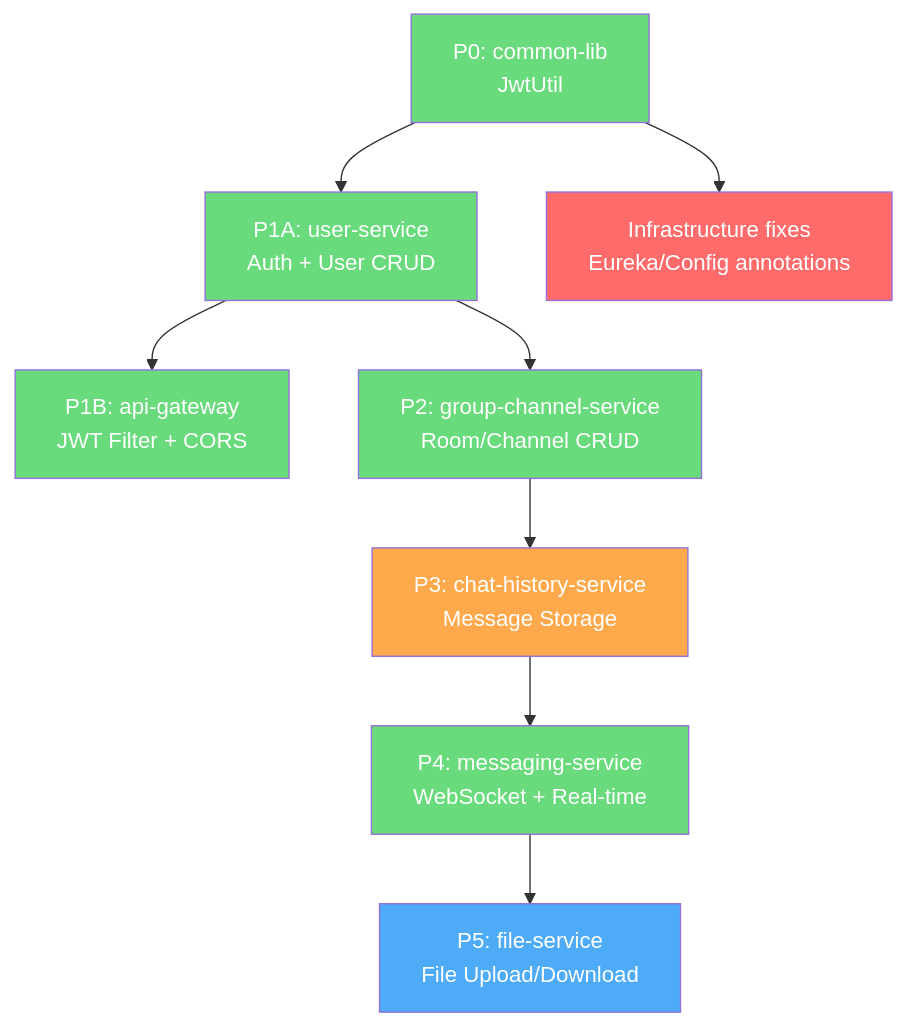
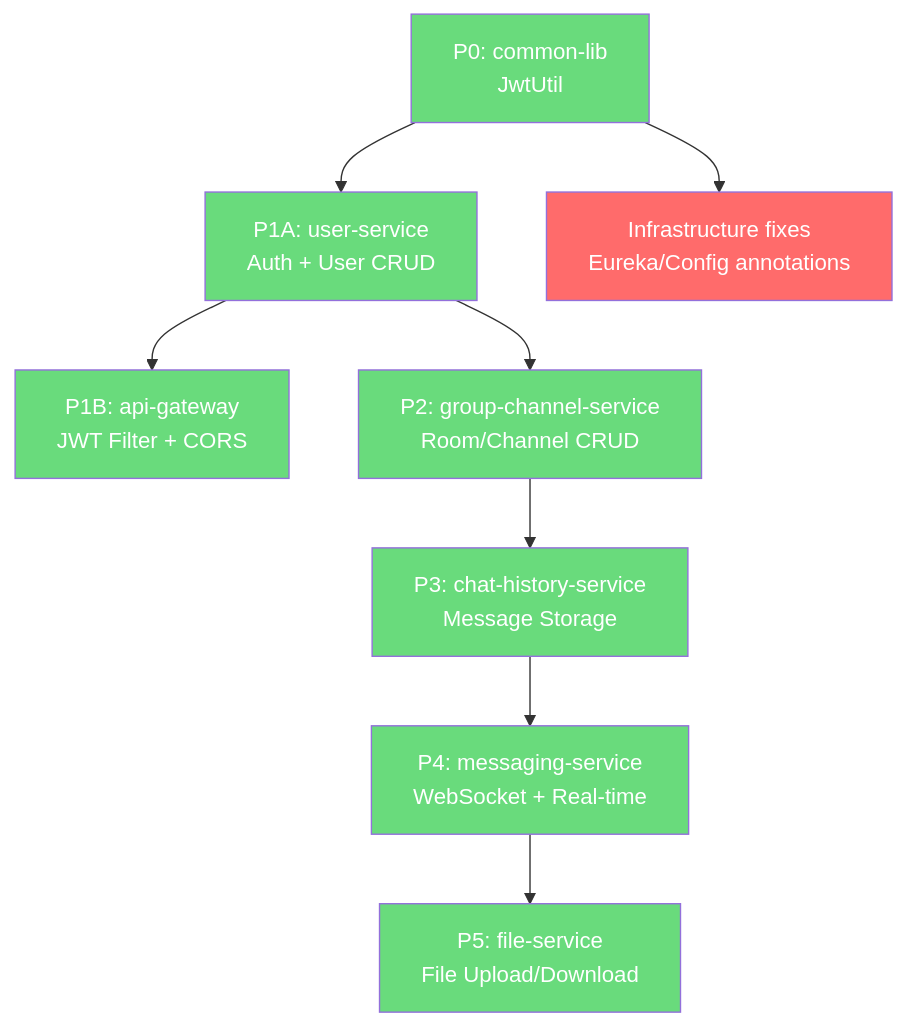
The diagram in docs/progress.md (jnswkz/MiniDiscord), drawn with Mermaid before and after one commit. The commit also changed other lines of this file and 64 other files, not shown here.

````diff
--- a/docs/progress.md
+++ b/docs/progress.md
@@ -227,20 +231,20 @@
 ```mermaid
 graph TD
     P0[P0: common-lib<br/>JwtUtil] --> P1A[P1A: user-service<br/>Auth + User CRUD]
     P1A --> P1B[P1B: api-gateway<br/>JWT Filter + CORS]
     P1A --> P2[P2: group-channel-service<br/>Room/Channel CRUD]
     P2 --> P3[P3: chat-history-service<br/>Message Storage]
     P3 --> P4[P4: messaging-service<br/>WebSocket + Real-time]
     P4 --> P5[P5: file-service<br/>File Upload/Download]
     
     P0 --> INF[Infrastructure fixes<br/>Eureka/Config annotations]
     
     style P0 fill:#69db7c,color:#fff
     style P1A fill:#69db7c,color:#fff
     style P1B fill:#69db7c,color:#fff
     style P2 fill:#69db7c,color:#fff
-    style P3 fill:#ffa94d,color:#fff
+    style P3 fill:#69db7c,color:#fff
     style P4 fill:#69db7c,color:#fff
-    style P5 fill:#4dabf7,color:#fff
+    style P5 fill:#69db7c,color:#fff
     style INF fill:#ff6b6b,color:#fff
 ```
````
